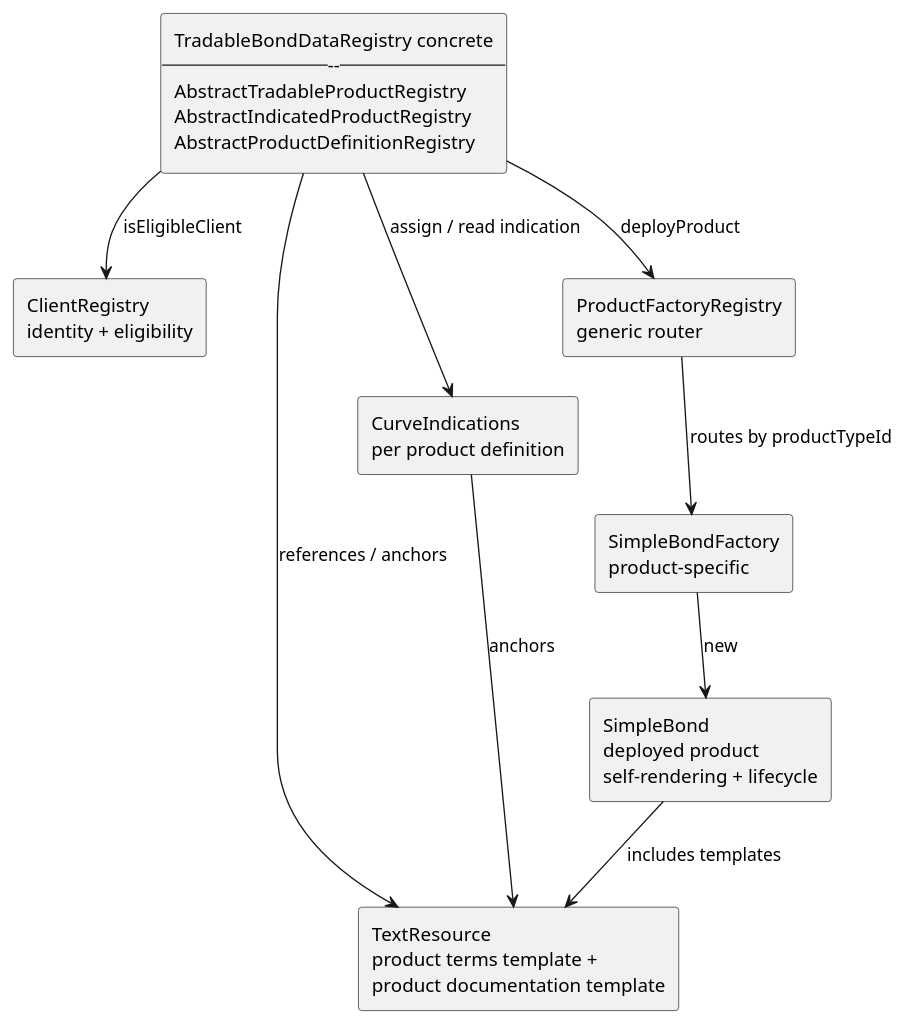
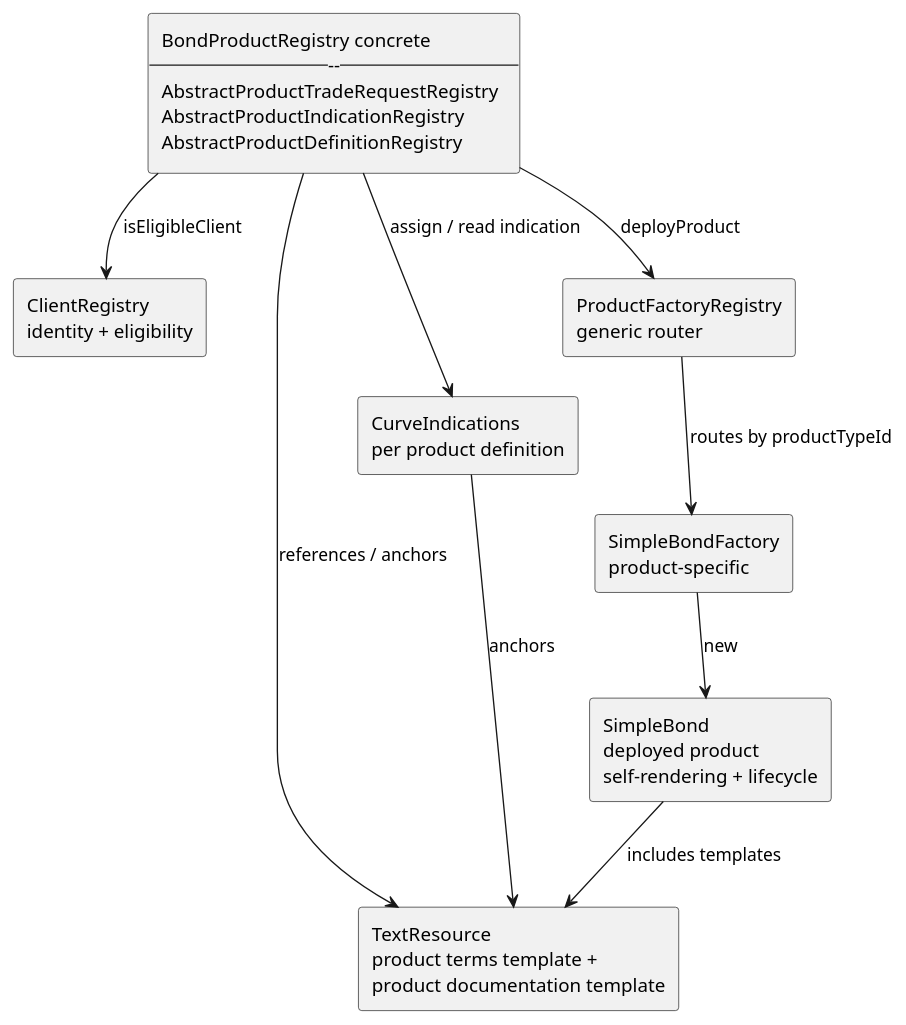
Before and after one commit to Julius278/finmath-smart-derivative-contract: the diagram in framework/origins/representable-contract-state/documentation/smart-product-framework.md, drawn with PlantUML. The commit also changed other lines of this file and 11 other files, not shown here.

First line of the commit message:
Renamed TradableBondDataRegistry -> BondProductRegistry and hierarchy:

````diff
--- a/framework/origins/representable-contract-state/documentation/smart-product-framework.md
+++ b/framework/origins/representable-contract-state/documentation/smart-product-framework.md
@@ -55,23 +55,23 @@
 ```plantuml
 @startuml
 skinparam componentStyle rectangle
 top to bottom direction
 
 rectangle "ClientRegistry\nidentity + eligibility" as IR
-rectangle "TradableBondDataRegistry concrete\n------\nAbstractTradableProductRegistry\nAbstractIndicatedProductRegistry\nAbstractProductDefinitionRegistry" as REG
+rectangle "BondProductRegistry concrete\n------\nAbstractProductTradeRequestRegistry\nAbstractProductIndicationRegistry\nAbstractProductDefinitionRegistry" as REG
 rectangle "TextResource\nproduct terms template +\nproduct documentation template" as TR
 rectangle "CurveIndications\nper product definition" as CI
 rectangle "ProductFactoryRegistry\ngeneric router" as GF
 rectangle "SimpleBondFactory\nproduct-specific" as SF
 rectangle "SimpleBond\ndeployed product\nself-rendering + lifecycle" as P
 
 REG --> IR : isEligibleClient
 REG --> TR : references / anchors
 REG --> CI : assign / read indication
 CI  --> TR : anchors
 REG --> GF : deployProduct
 GF  --> SF : routes by productTypeId
 SF  --> P  : new
 P   --> TR : includes templates
 @enduml
 ```
````
